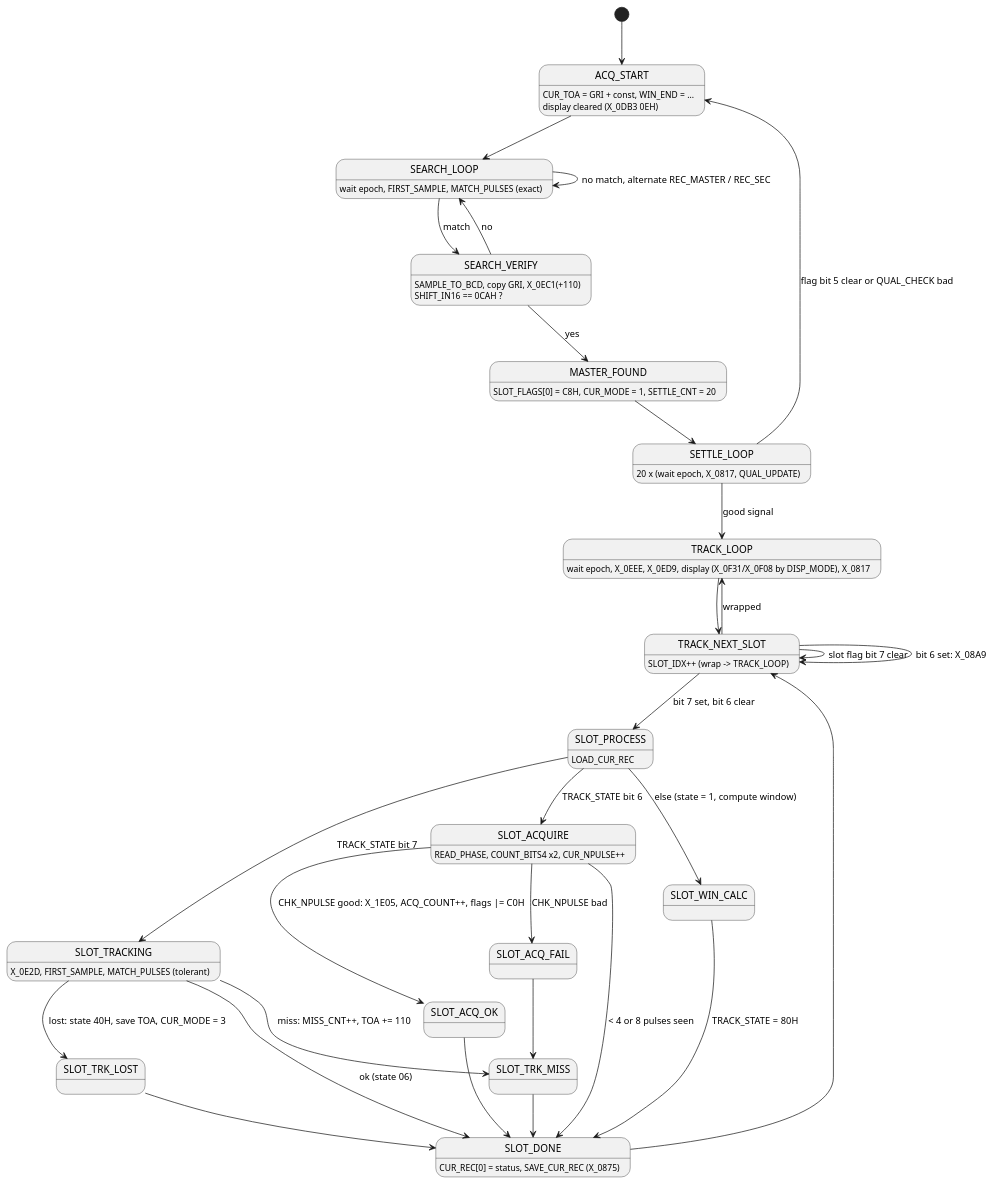
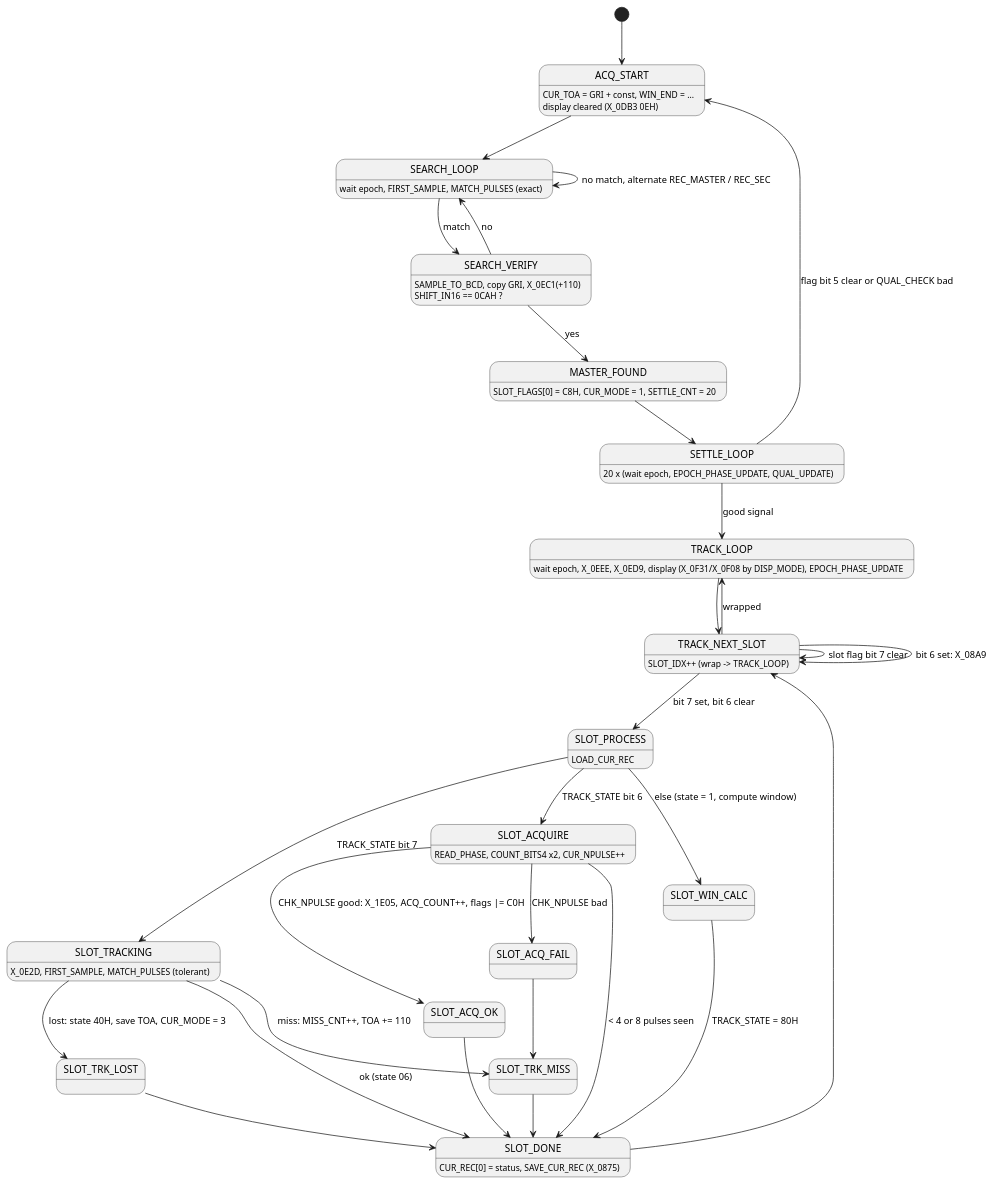
One commit to Mwwhited-BookLearning/navtec-roms changed the third of 3 diagrams in docs/firmware.md. Above: the diagram before and after it, drawn with PlantUML. The commit also changed other lines of this file and 6 other files, not shown here.

````diff
--- a/docs/firmware.md
+++ b/docs/firmware.md
@@ -85,46 +85,46 @@
 ```plantuml
 @startuml
 [*] --> ACQ_START
 ACQ_START : CUR_TOA = GRI + const, WIN_END = ...
 ACQ_START : display cleared (X_0DB3 0EH)
 ACQ_START --> SEARCH_LOOP
 SEARCH_LOOP : wait epoch, FIRST_SAMPLE, MATCH_PULSES (exact)
 SEARCH_LOOP --> SEARCH_LOOP : no match, alternate REC_MASTER / REC_SEC
 SEARCH_LOOP --> SEARCH_VERIFY : match
 SEARCH_VERIFY : SAMPLE_TO_BCD, copy GRI, X_0EC1(+110)
 SEARCH_VERIFY : SHIFT_IN16 == 0CAH ?
 SEARCH_VERIFY --> SEARCH_LOOP : no
 SEARCH_VERIFY --> MASTER_FOUND : yes
 MASTER_FOUND : SLOT_FLAGS[0] = C8H, CUR_MODE = 1, SETTLE_CNT = 20
 MASTER_FOUND --> SETTLE_LOOP
-SETTLE_LOOP : 20 x (wait epoch, X_0817, QUAL_UPDATE)
+SETTLE_LOOP : 20 x (wait epoch, EPOCH_PHASE_UPDATE, QUAL_UPDATE)
 SETTLE_LOOP --> ACQ_START : flag bit 5 clear or QUAL_CHECK bad
 SETTLE_LOOP --> TRACK_LOOP : good signal
-TRACK_LOOP : wait epoch, X_0EEE, X_0ED9, display (X_0F31/X_0F08 by DISP_MODE), X_0817
+TRACK_LOOP : wait epoch, X_0EEE, X_0ED9, display (X_0F31/X_0F08 by DISP_MODE), EPOCH_PHASE_UPDATE
 TRACK_LOOP --> TRACK_NEXT_SLOT
 TRACK_NEXT_SLOT : SLOT_IDX++ (wrap -> TRACK_LOOP)
 TRACK_NEXT_SLOT --> TRACK_LOOP : wrapped
 TRACK_NEXT_SLOT --> TRACK_NEXT_SLOT : slot flag bit 7 clear
 TRACK_NEXT_SLOT --> SLOT_PROCESS : bit 7 set, bit 6 clear
 TRACK_NEXT_SLOT --> TRACK_NEXT_SLOT : bit 6 set: X_08A9
 SLOT_PROCESS : LOAD_CUR_REC
 SLOT_PROCESS --> SLOT_TRACKING : TRACK_STATE bit 7
 SLOT_PROCESS --> SLOT_ACQUIRE : TRACK_STATE bit 6
 SLOT_PROCESS --> SLOT_WIN_CALC : else (state = 1, compute window)
 SLOT_WIN_CALC --> SLOT_DONE : TRACK_STATE = 80H
 SLOT_TRACKING : X_0E2D, FIRST_SAMPLE, MATCH_PULSES (tolerant)
 SLOT_TRACKING --> SLOT_DONE : ok (state 06)
 SLOT_TRACKING --> SLOT_TRK_MISS : miss: MISS_CNT++, TOA += 110
 SLOT_TRK_MISS --> SLOT_DONE
 SLOT_TRACKING --> SLOT_TRK_LOST : lost: state 40H, save TOA, CUR_MODE = 3
 SLOT_TRK_LOST --> SLOT_DONE
 SLOT_ACQUIRE : READ_PHASE, COUNT_BITS4 x2, CUR_NPULSE++
 SLOT_ACQUIRE --> SLOT_DONE : < 4 or 8 pulses seen
 SLOT_ACQUIRE --> SLOT_ACQ_FAIL : CHK_NPULSE bad
 SLOT_ACQUIRE --> SLOT_ACQ_OK : CHK_NPULSE good: X_1E05, ACQ_COUNT++, flags |= C0H
 SLOT_ACQ_OK --> SLOT_DONE
 SLOT_ACQ_FAIL --> SLOT_TRK_MISS
 SLOT_DONE : CUR_REC[0] = status, SAVE_CUR_REC (X_0875)
 SLOT_DONE --> TRACK_NEXT_SLOT
 @enduml
 ```
````
